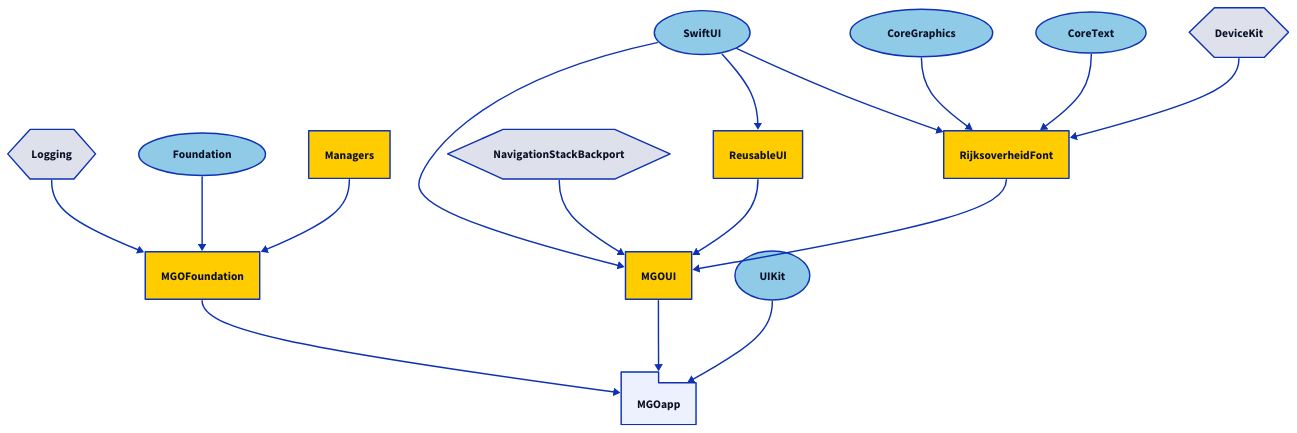
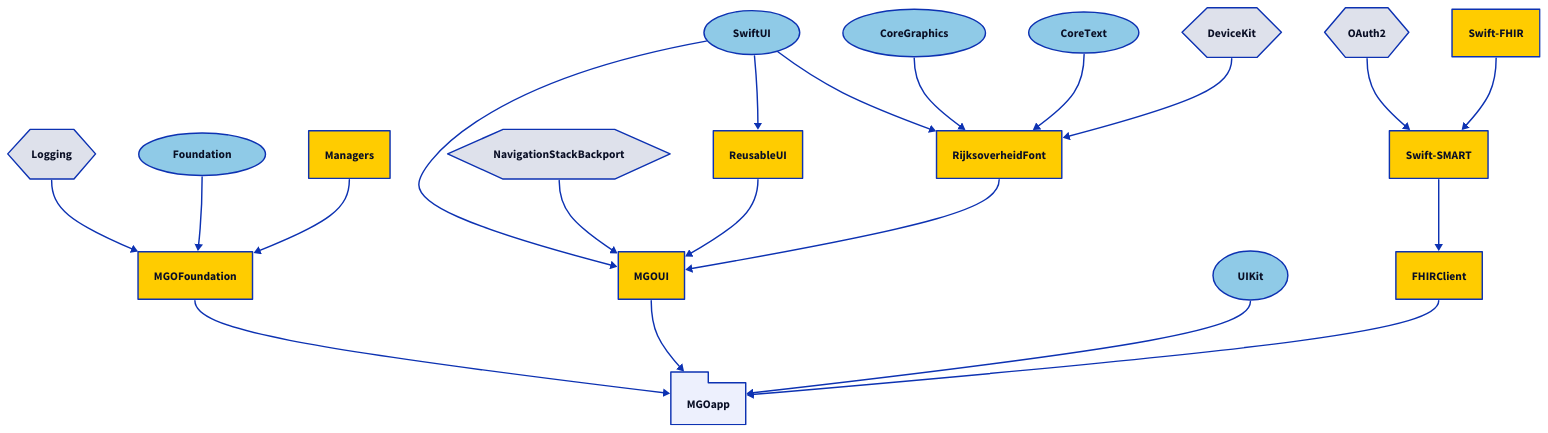
One commit to minvws/nl-mgo-app-ios changed the diagram in Diagrams/packages-withouttests.d2. Above: the diagram before and after it, drawn with D2. The commit also changed 9 other files, not shown here.

```diff
--- a/Diagrams/packages-withouttests.d2
+++ b/Diagrams/packages-withouttests.d2
@@ -1,68 +1,81 @@
 direction: down
 
 # Apple
 UIKit: {
   shape: oval
   style.fill: "#8FCAE7"
 }
 SwiftUI: {
   shape: oval
   style.fill: "#8FCAE7"
 }
 Foundation: {
   shape: oval
   style.fill: "#8FCAE7"
 }
 CoreGraphics: {
   shape: oval
   style.fill: "#8FCAE7"
 }
 CoreText: {
   shape: oval
   style.fill: "#8FCAE7"
 }
 
 # Third-Party
 NavigationStackBackport: {
   shape: hexagon
 }
 Logging: {
   shape: hexagon
 }
 DeviceKit: {
   shape: hexagon
 }
+OAuth2: {
+	shape: hexagon
+}
 
 # The application
 
 MGOapp: {
   shape: package
 }
 
 MGOapp <- MGOFoundation
 MGOapp <- MGOUI
 MGOapp <- UIKit
+MGOapp <- FHIRClient
 
 # - Packages -
 
 MGOFoundation { style.fill: "#ffcc00" }
 MGOFoundation <- Logging
 MGOFoundation <- Foundation
 MGOFoundation <- Managers
 
 MGOUI { style.fill: "#ffcc00" }
 MGOUI <- SwiftUI
 MGOUI <- NavigationStackBackport
 MGOUI <- ReusableUI
 MGOUI <- RijksoverheidFont
 
 Managers { style.fill: "#ffcc00" }
 
 RijksoverheidFont { style.fill: "#ffcc00" }
 RijksoverheidFont <- SwiftUI
 RijksoverheidFont <- CoreGraphics
 RijksoverheidFont <- CoreText
 RijksoverheidFont <- DeviceKit
 
 ReusableUI { style.fill: "#ffcc00" }
 ReusableUI <- SwiftUI
+
+FHIRClient { style.fill: "#ffcc00" }
+FHIRClient <- Swift-SMART
+
+Swift-FHIR { style.fill: "#ffcc00" }
+
+Swift-SMART { style.fill: "#ffcc00" }
+Swift-SMART <- OAuth2
+Swift-SMART <- Swift-FHIR
```
